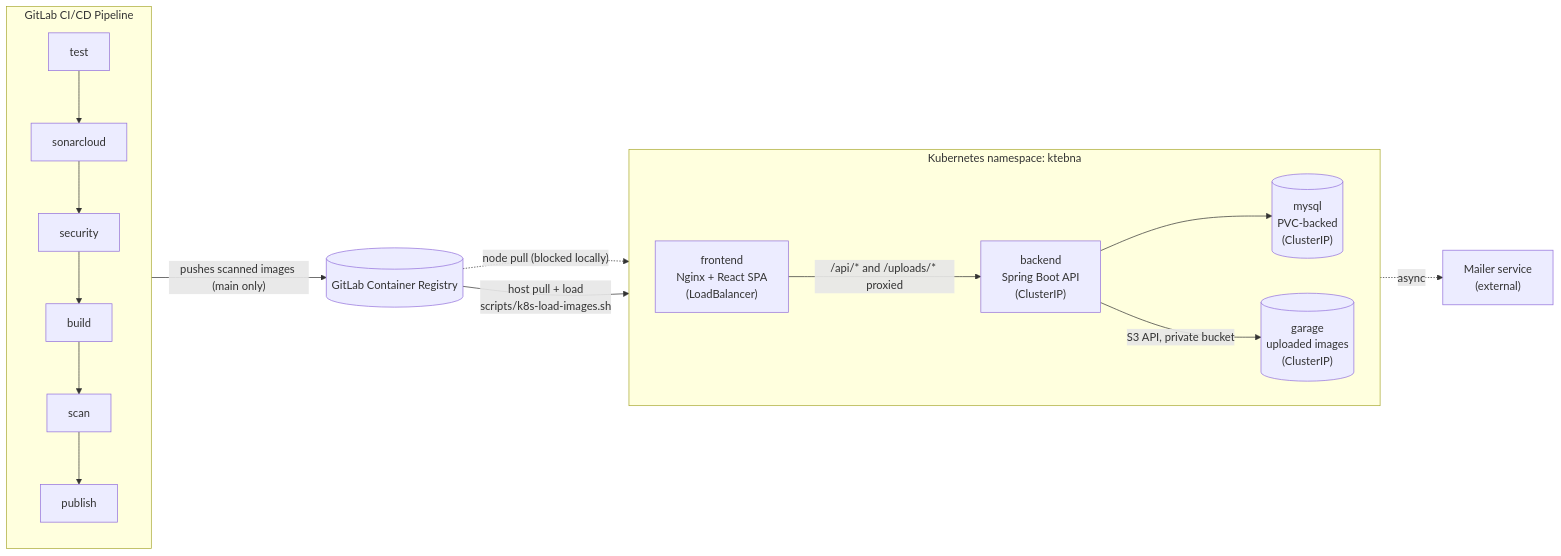
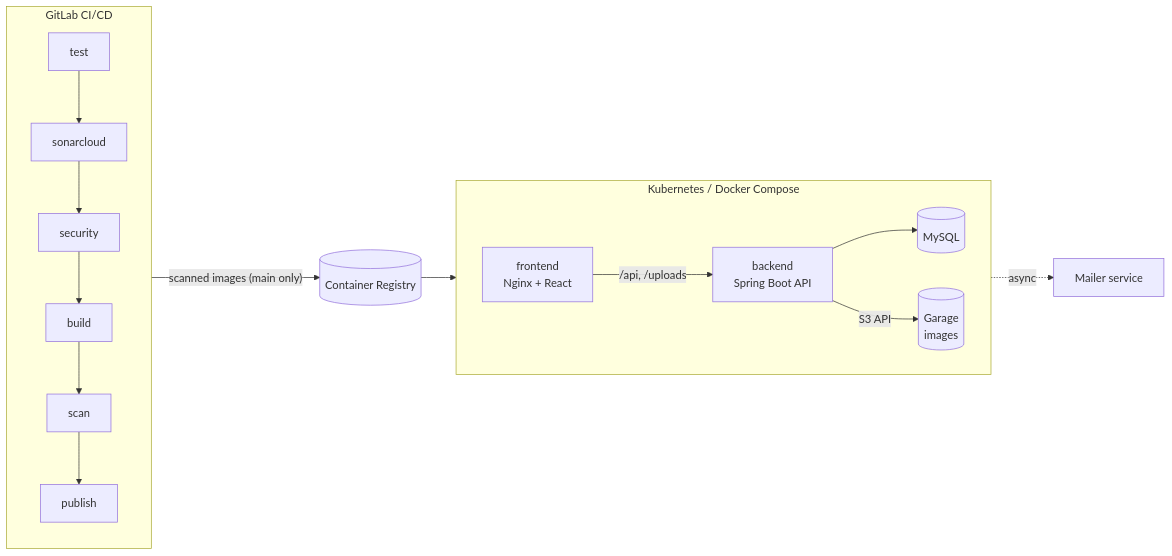
Before and after one commit to Saifexe/Ktebna: the diagram in README.md, drawn with Mermaid. The commit also changed other lines of this file, not shown here.

First line of the commit message:
Rewrite README for the public GitHub repo

````diff
--- a/README.md
+++ b/README.md
@@ -103,18 +61,17 @@
 ```mermaid
 flowchart LR
-    subgraph CI["GitLab CI/CD Pipeline"]
+    subgraph CI["GitLab CI/CD"]
         direction TB
         T[test] --> S[sonarcloud] --> SEC[security] --> B[build] --> SC[scan] --> P[publish]
     end
-    CI -->|"pushes scanned images (main only)"| REG[(GitLab Container Registry)]
-    REG -.->|"node pull (blocked locally)"| K8S
-    REG -->|"host pull + load<br/>scripts/k8s-load-images.sh"| K8S
+    CI -->|"scanned images (main only)"| REG[(Container Registry)]
+    REG --> K8S
 
-    subgraph K8S["Kubernetes namespace: ktebna"]
+    subgraph K8S["Kubernetes / Docker Compose"]
         direction LR
-        FE["frontend<br/>Nginx + React SPA<br/>(LoadBalancer)"] -->|"/api/* and /uploads/* proxied"| BE["backend<br/>Spring Boot API<br/>(ClusterIP)"]
-        BE --> DB[("mysql<br/>PVC-backed<br/>(ClusterIP)")]
-        BE -->|"S3 API, private bucket"| OBJ[("garage<br/>uploaded images<br/>(ClusterIP)")]
+        FE["frontend<br/>Nginx + React"] -->|"/api, /uploads"| BE["backend<br/>Spring Boot API"]
+        BE --> DB[("MySQL")]
+        BE -->|S3 API| OBJ[("Garage<br/>images")]
     end
-    BE -.->|async| MAIL["Mailer service<br/>(external)"]
+    BE -.->|async| MAIL["Mailer service"]
 ```
````
